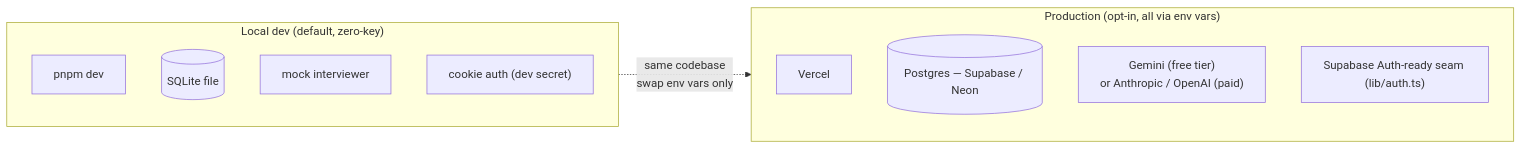
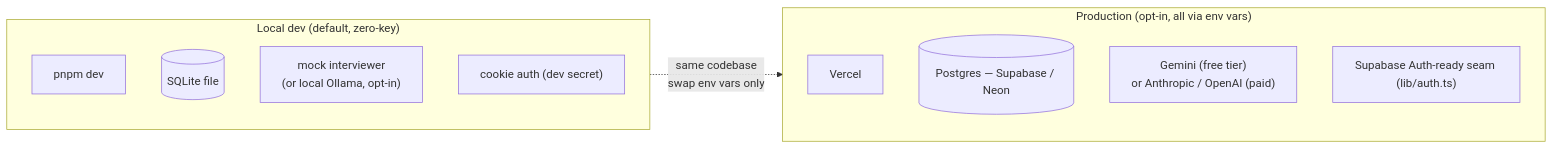
One commit to pr4t3ek/FAKEcases changed the seventh of 7 diagrams in docs/ARCHITECTURE.md. Above: the diagram before and after it, drawn with Mermaid. The commit also changed other lines of this file and 9 other files, not shown here.

First line of the commit message:
Run the interviewer on a local Ollama model during development

````diff
--- a/docs/ARCHITECTURE.md
+++ b/docs/ARCHITECTURE.md
@@ -377,18 +384,18 @@
 ```mermaid
 flowchart LR
     subgraph Local["Local dev (default, zero-key)"]
         L1["pnpm dev"]
         L2[("SQLite file")]
-        L3["mock interviewer"]
+        L3["mock interviewer\n(or local Ollama, opt-in)"]
         L4["cookie auth (dev secret)"]
     end
 
     subgraph Prod["Production (opt-in, all via env vars)"]
         P1["Vercel"]
         P2[("Postgres — Supabase / Neon")]
         P3["Gemini (free tier)\nor Anthropic / OpenAI (paid)"]
         P4["Supabase Auth-ready seam (lib/auth.ts)"]
     end
 
     Local -. "same codebase\nswap env vars only" .-> Prod
 ```
````
